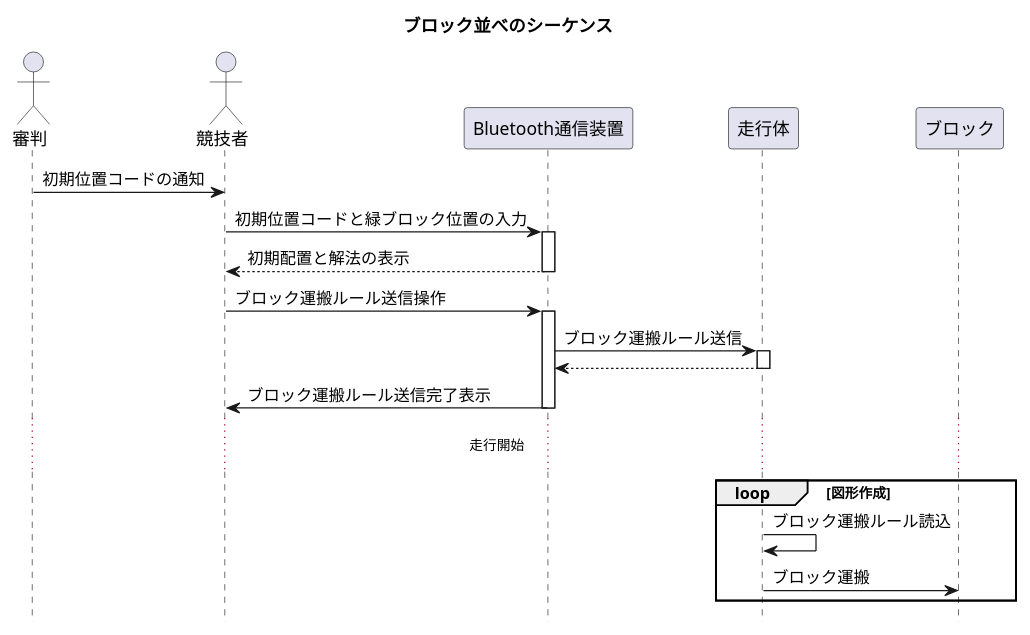
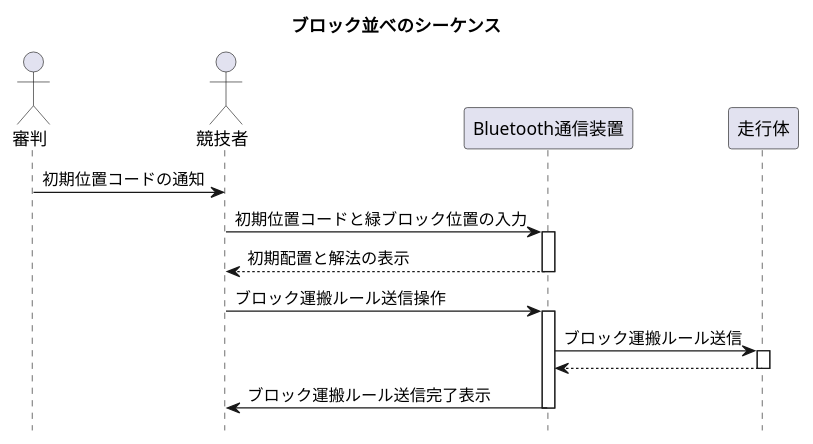
One commit to TK-R/ET2017-UML changed the diagram in 設計モデル/ブロック並べシーケンス図.puml. Above: the diagram before and after it, drawn with PlantUML. The commit also changed 3 other files, not shown here.

Commit message:
スピード競技中のシーケンス図と、それに合わせたクラス図を追加

```diff
--- a/設計モデル/ブロック並べシーケンス図.puml
+++ b/設計モデル/ブロック並べシーケンス図.puml
@@ -1,30 +1,24 @@
 @startuml
 title ブロック並べのシーケンス　
 hide footbox
 
 actor 審判
 actor 競技者
 
 審判 -> 競技者 : 初期位置コードの通知
 競技者 -> Bluetooth通信装置 : 初期位置コードと緑ブロック位置の入力
 activate Bluetooth通信装置
 競技者 <-- Bluetooth通信装置 : 初期配置と解法の表示
 deactivate Bluetooth通信装置
 
 競技者 -> Bluetooth通信装置 : ブロック運搬ルール送信操作
 	activate Bluetooth通信装置
 	Bluetooth通信装置 -> 走行体 : ブロック運搬ルール送信
 		activate 走行体 
 		Bluetooth通信装置 <-- 走行体
 		deactivate 走行体
 	競技者 <- Bluetooth通信装置 : ブロック運搬ルール送信完了表示
 	deactivate Bluetooth通信装置
 
-... 走行開始 ...
-
-loop 図形作成
-走行体 -> 走行体 : ブロック運搬ルール読込
-走行体 -> ブロック : ブロック運搬
-end
 
 @enduml
```
